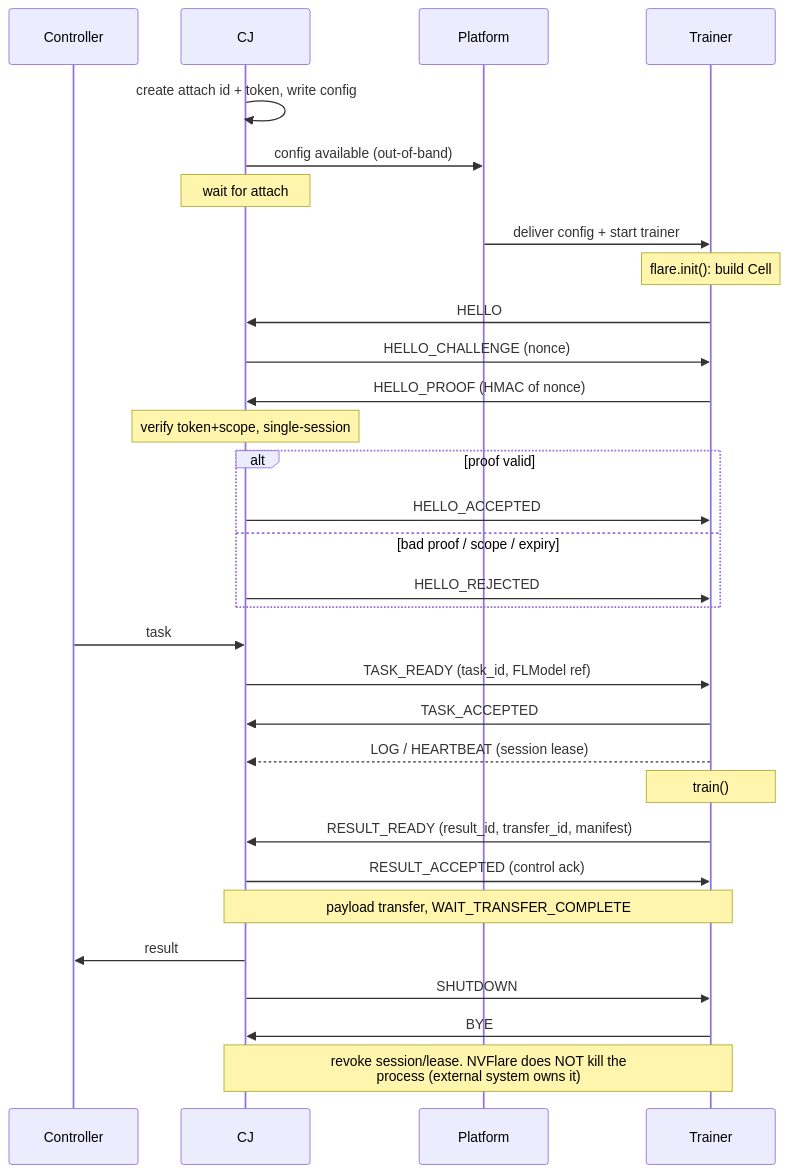
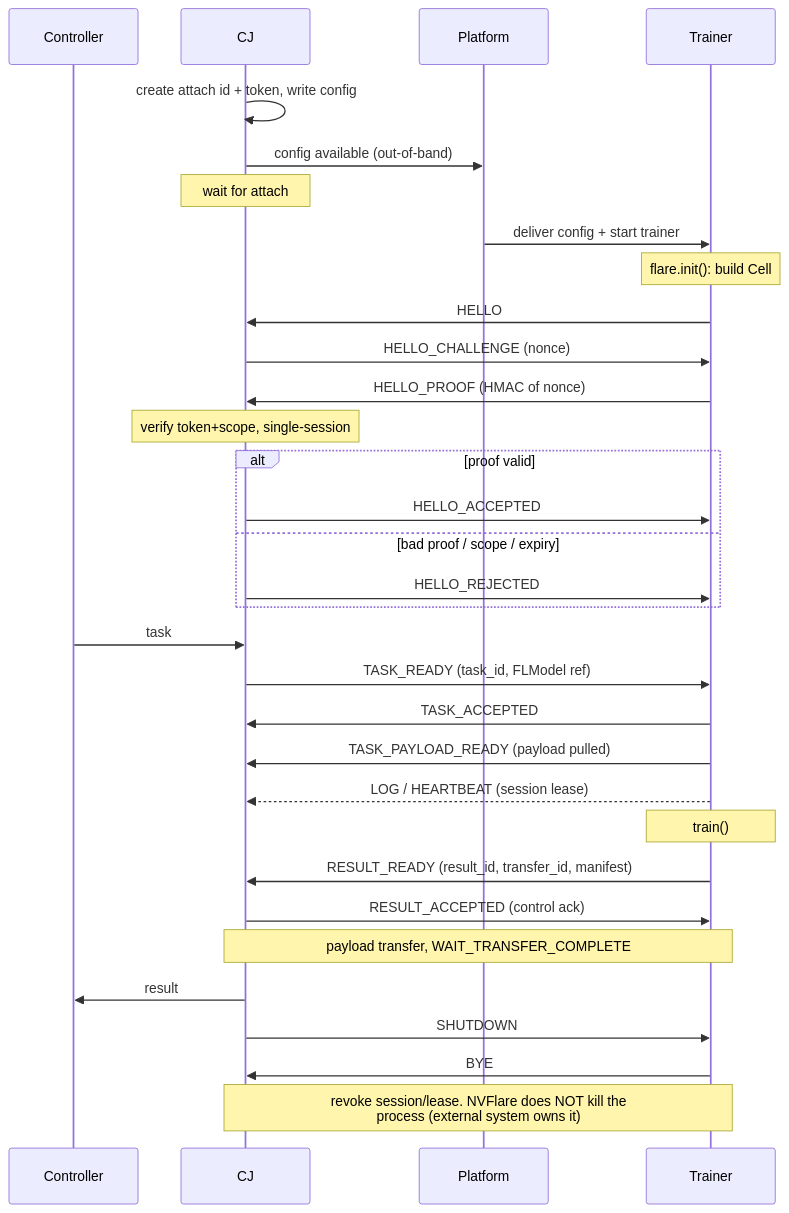
One commit to NVIDIA/NVFlare changed the fourth of 4 diagrams in docs/design/client_api_execution_modes.md. Above: the diagram before and after it, drawn with Mermaid. The commit also changed other lines of this file and 14 other files, not shown here.

````diff
--- a/docs/design/client_api_execution_modes.md
+++ b/docs/design/client_api_execution_modes.md
@@ -287,33 +294,34 @@
 ```mermaid
 sequenceDiagram
     participant C as Controller
     participant E as CJ
     participant P as Platform
     participant T as Trainer
     E->>E: create attach id + token, write config
     E->>P: config available (out-of-band)
     Note over E: wait for attach
     P->>T: deliver config + start trainer
     Note over T: flare.init(): build Cell
     T->>E: HELLO
     E->>T: HELLO_CHALLENGE (nonce)
     T->>E: HELLO_PROOF (HMAC of nonce)
     Note over E: verify token+scope, single-session
     alt proof valid
         E->>T: HELLO_ACCEPTED
     else bad proof / scope / expiry
         E->>T: HELLO_REJECTED
     end
     C->>E: task
     E->>T: TASK_READY (task_id, FLModel ref)
     T->>E: TASK_ACCEPTED
+    T->>E: TASK_PAYLOAD_READY (payload pulled)
     T-->>E: LOG / HEARTBEAT (session lease)
     Note over T: train()
     T->>E: RESULT_READY (result_id, transfer_id, manifest)
     E->>T: RESULT_ACCEPTED (control ack)
     Note over E,T: payload transfer, WAIT_TRANSFER_COMPLETE
     E->>C: result
     E->>T: SHUTDOWN
     T->>E: BYE
     Note over E,T: revoke session/lease. NVFlare does NOT kill the<br/>process (external system owns it)
 ```
````
